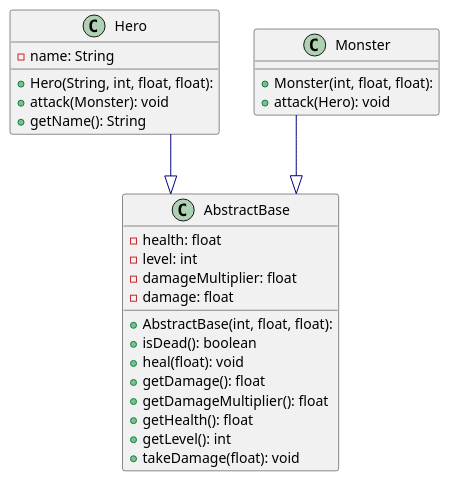
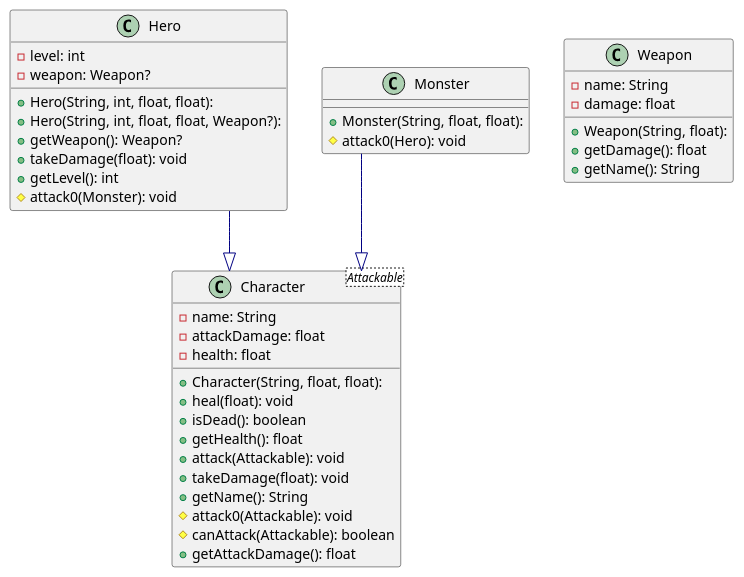
The diagram in Q1/Stunden/13_09_2024/uml-diagramm.plantuml (Deniz467/Informatik), drawn with PlantUML before and after one commit. The commit also changed 3 other files, not shown here.

Commit message:
update uml diagramm

```diff
--- a/Q1/Stunden/13_09_2024/uml-diagramm.plantuml
+++ b/Q1/Stunden/13_09_2024/uml-diagramm.plantuml
@@ -1,33 +1,45 @@
 @startuml
 
 top to bottom direction
 skinparam linetype ortho
 
-class AbstractBase {
-  + AbstractBase(int, float, float): 
+class Character<Attackable> {
+  + Character(String, float, float): 
+  - name: String
+  - attackDamage: float
   - health: float
-  - level: int
-  - damageMultiplier: float
-  - damage: float
+  + heal(float): void
   + isDead(): boolean
-  + heal(float): void
-  + getDamage(): float
-  + getDamageMultiplier(): float
   + getHealth(): float
-  + getLevel(): int
+  + attack(Attackable): void
   + takeDamage(float): void
+  + getName(): String
+  # attack0(Attackable): void
+  # canAttack(Attackable): boolean
+  + getAttackDamage(): float
 }
 class Hero {
   + Hero(String, int, float, float): 
+  + Hero(String, int, float, float, Weapon?): 
+  - level: int
+  - weapon: Weapon?
+  + getWeapon(): Weapon?
+  + takeDamage(float): void
+  + getLevel(): int
+  # attack0(Monster): void
+}
+class Monster {
+  + Monster(String, float, float): 
+  # attack0(Hero): void
+}
+class Weapon {
+  + Weapon(String, float): 
   - name: String
-  + attack(Monster): void
+  - damage: float
+  + getDamage(): float
   + getName(): String
 }
-class Monster {
-  + Monster(int, float, float): 
-  + attack(Hero): void
-}
 
-Hero          -[#000082,plain]-^  AbstractBase 
-Monster       -[#000082,plain]-^  AbstractBase 
+Hero       -[#000082,plain]-^  Character 
+Monster    -[#000082,plain]-^  Character 
 @enduml
```
